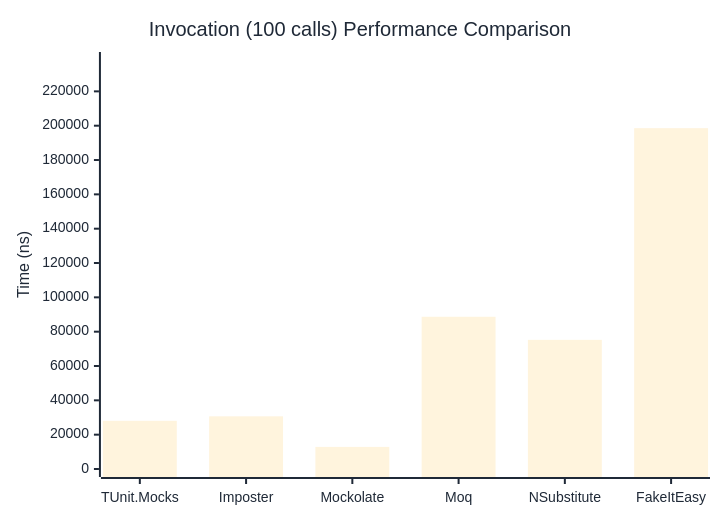
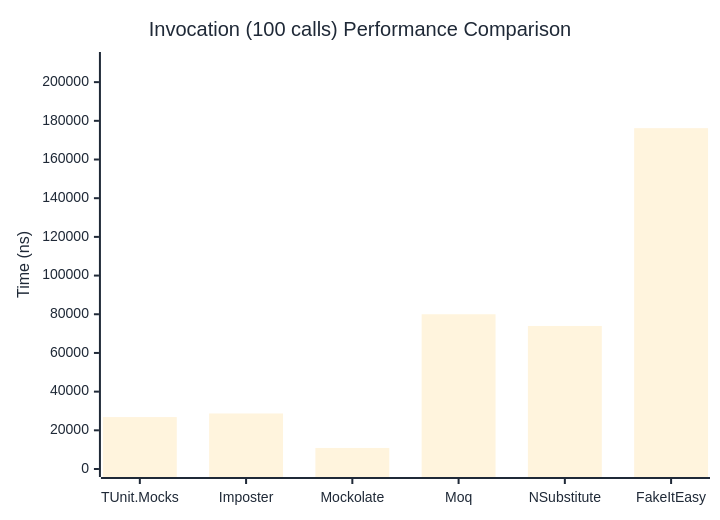
One commit to thomhurst/TUnit changed the third of 3 diagrams in docs/docs/benchmarks/mocks/Invocation.md. Above: the diagram before and after it, drawn with Mermaid. The commit also changed other lines of this file and 14 other files, not shown here.

````diff
--- a/docs/docs/benchmarks/mocks/Invocation.md
+++ b/docs/docs/benchmarks/mocks/Invocation.md
@@ -112,27 +112,27 @@
 ```mermaid
 %%{init: {
   'theme':'base',
   'themeVariables': {
     'primaryColor': '#2563eb',
     'primaryTextColor': '#1f2937',
     'primaryBorderColor': '#1e40af',
     'lineColor': '#6b7280',
     'secondaryColor': '#7c3aed',
     'tertiaryColor': '#dc2626',
     'background': '#ffffff',
     'pie1': '#2563eb',
     'pie2': '#7c3aed',
     'pie3': '#dc2626',
     'pie4': '#f59e0b',
     'pie5': '#10b981',
     'pie6': '#06b6d4',
     'pie7': '#ec4899',
     'pie8': '#6366f1'
   }
 }}%%
 xychart-beta
   title "Invocation (100 calls) Performance Comparison"
   x-axis ["TUnit.Mocks", "Imposter", "Mockolate", "Moq", "NSubstitute", "FakeItEasy"]
-  y-axis "Time (ns)" 0 --> 238274
-  bar [28070.9, 30681.9, 12870.2, 88694.5, 75244.9, 198561]
+  y-axis "Time (ns)" 0 --> 211445
+  bar [26846.27, 28708.89, 10877.33, 79999.34, 73949.38, 176203.34]
 ```
````
